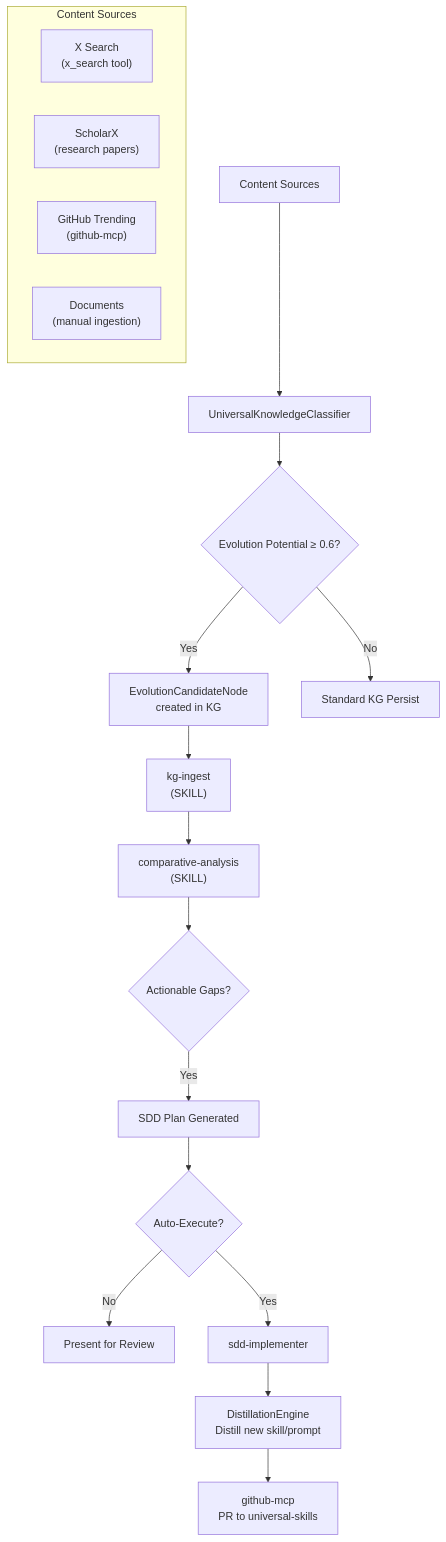
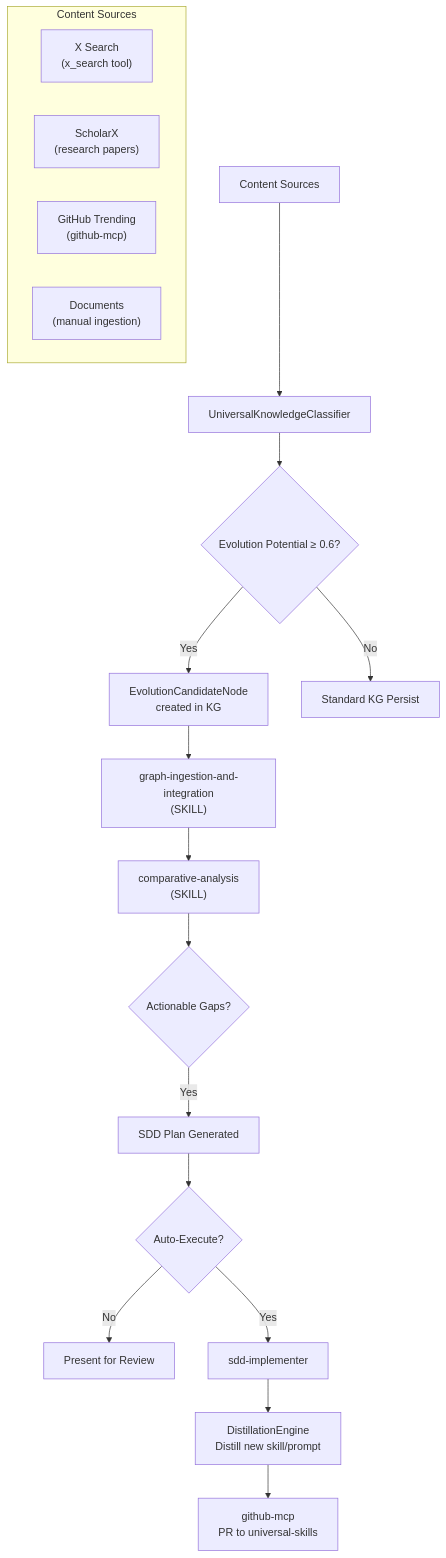
The diagram in docs/guides/knowledge-assimilation.md (Knuckles-Team/agent-utilities), drawn with Mermaid before and after one commit. The commit also changed other lines of this file and 3818 other files, not shown here.

````diff
--- a/docs/guides/knowledge-assimilation.md
+++ b/docs/guides/knowledge-assimilation.md
@@ -20,23 +20,23 @@
 ```mermaid
 graph TD
     A["Content Sources"] --> B["UniversalKnowledgeClassifier"]
     B --> C{Evolution Potential ≥ 0.6?}
     C -->|Yes| D["EvolutionCandidateNode\ncreated in KG"]
-    D --> E["kg-ingest\n(SKILL)"]
+    D --> E["graph-ingestion-and-integration\n(SKILL)"]
     E --> F["comparative-analysis\n(SKILL)"]
     F --> G{Actionable Gaps?}
     G -->|Yes| H["SDD Plan Generated"]
     H --> I{Auto-Execute?}
     I -->|No| J["Present for Review"]
     I -->|Yes| K["sdd-implementer"]
     K --> L["DistillationEngine\nDistill new skill/prompt"]
     L --> M["github-mcp\nPR to universal-skills"]
     C -->|No| N["Standard KG Persist"]
 
     subgraph "Content Sources"
         S1["X Search\n(x_search tool)"]
         S2["ScholarX\n(research papers)"]
         S3["GitHub Trending\n(github-mcp)"]
         S4["Documents\n(manual ingestion)"]
     end
 ```
````
